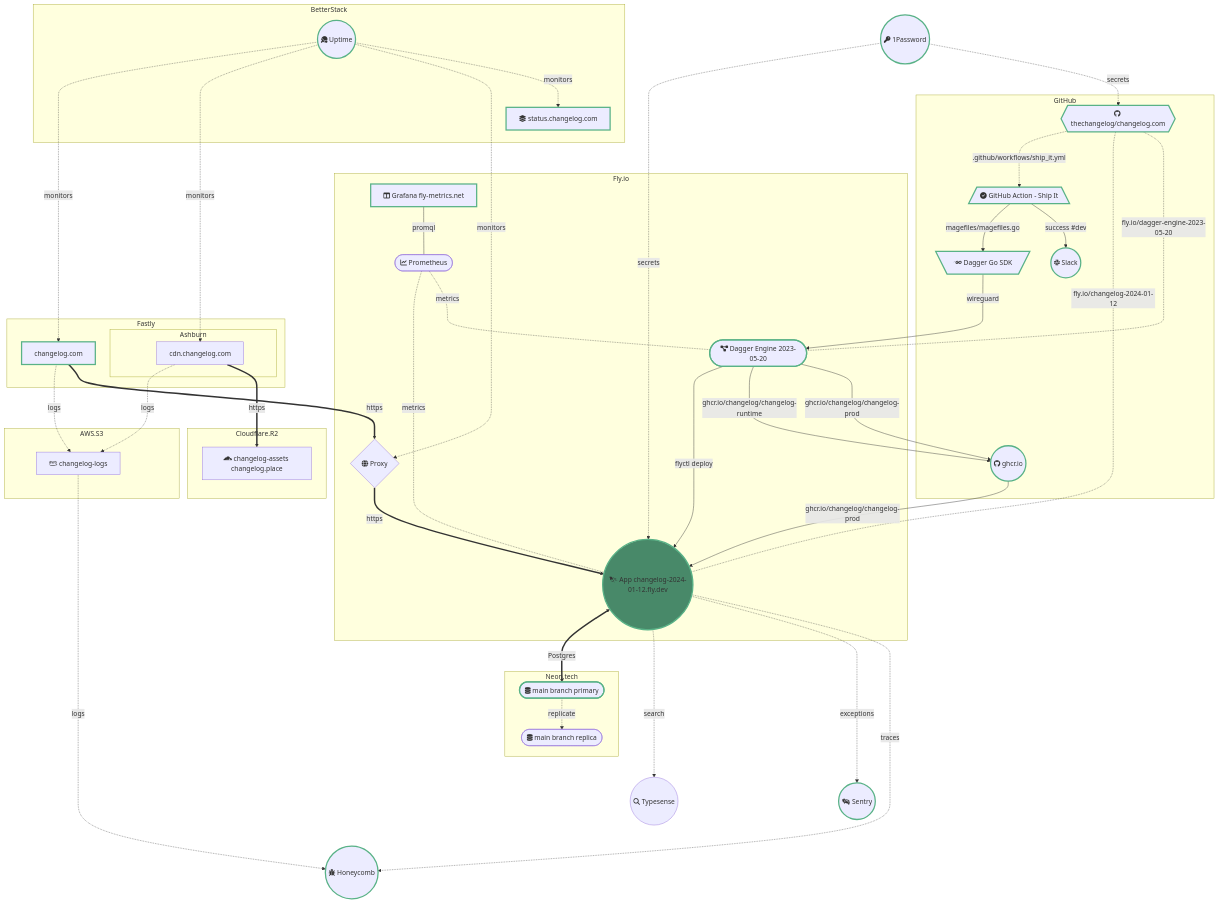
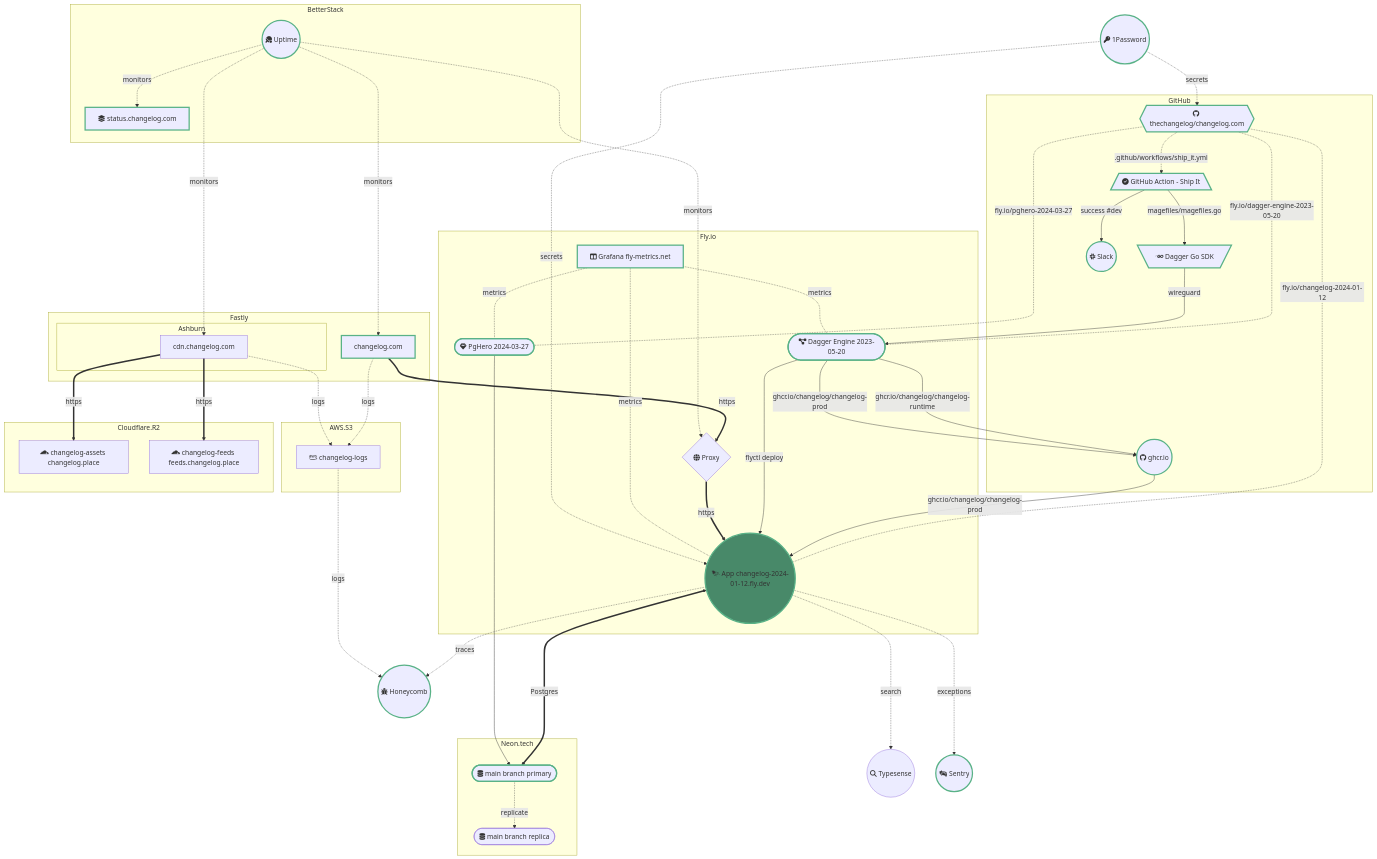
Before and after one commit to thechangelog/changelog.com: the diagram in INFRASTRUCTURE.md, drawn with Mermaid. The commit also changed other lines of this file and 2 other files, not shown here.

Commit message:
Deploy PgHero & connect to Neon.tech Postgres
- Provides insights into our Neon.tech Postgres setup
- Available on our 6PN network as http://pghero-2024-03-27.internal:8080

```diff
--- a/INFRASTRUCTURE.md
+++ b/INFRASTRUCTURE.md
@@ -33,35 +33,40 @@
     repo -.- |fly.io/changelog-2024-01-12| app
     
     registry --> |ghcr.io/changelog/changelog-prod| app
-    container --> |flyctl deploy| app
+    dagger --> |flyctl deploy| app
         
-    repo -.- |fly.io/dagger-engine-2023-05-20| container
+    repo -.- |fly.io/dagger-engine-2023-05-20| dagger
+
+    repo -.- |fly.io/pghero-2024-03-27| pghero
 
     %% PaaS - https://fly.io/dashboard/changelog
     subgraph Fly.io
         proxy{fa:fa-globe Proxy}
         proxy ==> |https| app
 
-        container([ fa:fa-project-diagram Dagger Engine 2023-05-20 ]):::link
-        click container "https://fly.io/apps/dagger-engine-2023-05-20"
+        dagger([ fa:fa-project-diagram Dagger Engine 2023-05-20 ]):::link
+        click dagger "https://fly.io/apps/dagger-engine-2023-05-20"
             
         app(( fab:fa-phoenix-framework App changelog-2024-01-12.fly.dev )):::link
         style app fill:#488969;
         click app "https://fly.io/apps/changelog-2024-01-12"
 
-        automation --> |wireguard| container
-        container --> |ghcr.io/changelog/changelog-runtime| registry
-        container --> |ghcr.io/changelog/changelog-prod| registry
+        pghero([ fa:fa-gem PgHero 2024-03-27 ]):::link
+        click pghero "https://fly.io/apps/pghero-2024-03-27"
 
-        metricsdb([ fa:fa-chart-line Prometheus ])
-        metrics[ fa:fa-columns Grafana fly-metrics.net ]:::link
-        click metrics "https://fly-metrics.net"
-        metrics --- |promql| metricsdb
-        metricsdb -.- |metrics| app
-        metricsdb -.- |metrics| container
+        automation --> |wireguard| dagger
+        dagger --> |ghcr.io/changelog/changelog-runtime| registry
+        dagger --> |ghcr.io/changelog/changelog-prod| registry
+
+        grafana[ fa:fa-columns Grafana fly-metrics.net ]:::link
+        click grafana "https://fly-metrics.net"
+        grafana -.- |metrics| app
+        grafana -.- |metrics| dagger
+        grafana -.- |metrics| pghero
     end
 
-    app <==> |Postgres| dbrw
+    app <===> |Postgres| dbrw
+    pghero --> dbrw
 
     subgraph Neon.tech
         dbrw([ fa:fa-database main branch primary ]):::link
@@ -79,12 +84,12 @@
 
     %% Search
     search(( fa:fa-magnifying-glass Typesense ))
-    app -...-> |search| search
+    app -..-> |search| search
 
     %% Exceptions
     exceptions(( fa:fa-car-crash Sentry )):::link
     click exceptions "https://sentry.io/organizations/changelog-media/issues/?project=5668962"
-    app -...-> |exceptions| exceptions
+    app -..-> |exceptions| exceptions
 
     %% CDN - https://manage.fastly.com/configure/services/7gKbcKSKGDyqU7IuDr43eG
     subgraph Fastly
@@ -104,15 +109,16 @@
     %% Observability
     observability(( fa:fa-bug Honeycomb )):::link
     click observability "https://ui.honeycomb.io/changelog/datasets/changelog_opentelemetry/home"
-    app -....-> |traces| observability
+    app -.-> |traces| observability
     logs -.-> |logs| observability
     
     %% Object storage
     apex ==> |https| proxy
     subgraph Cloudflare.R2
         assets[ fab:fa-cloudflare changelog-assets changelog.place ]
+        feeds[ fab:fa-cloudflare changelog-feeds feeds.changelog.place ]
     end
-    cdn ==> |https| assets
+    cdn ==> |https| assets & feeds
 
     %% Monitoring
     subgraph BetterStack
```
